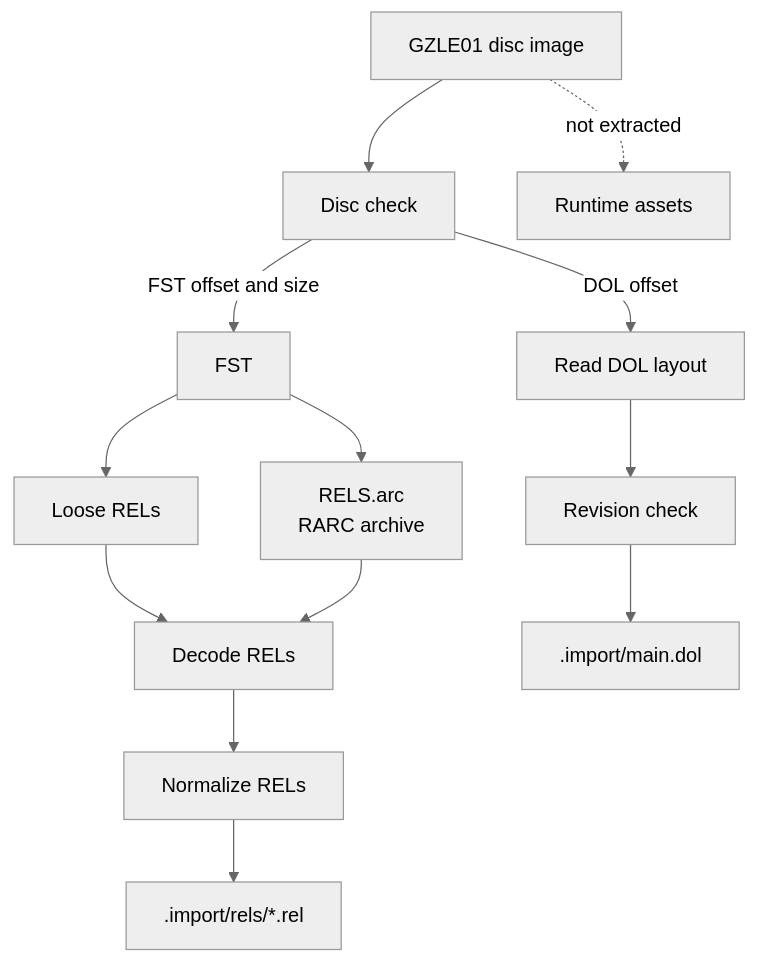
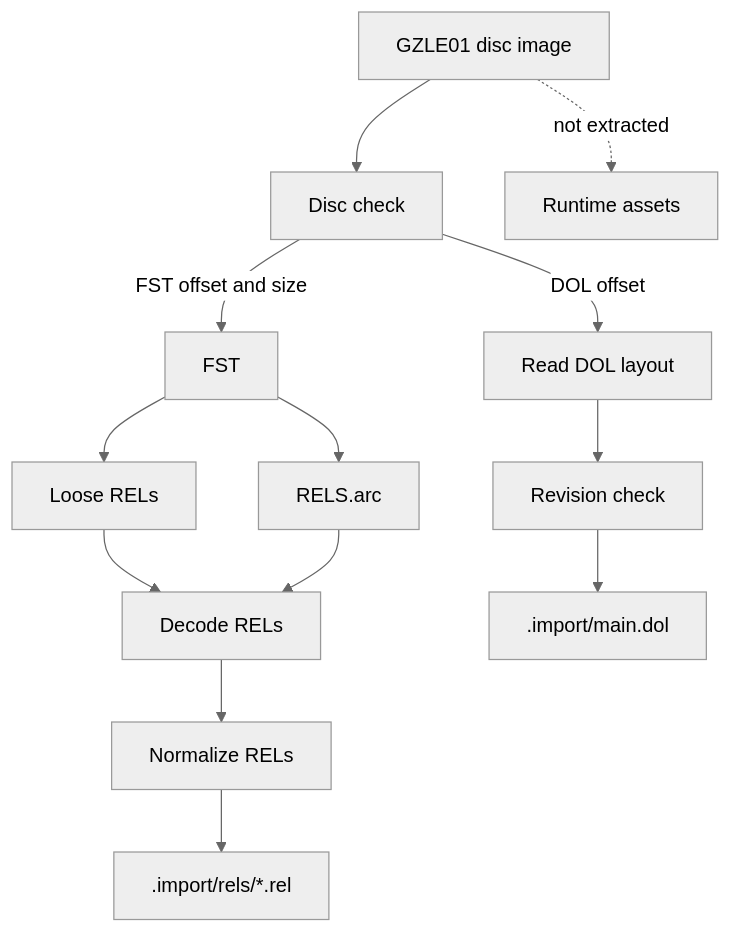
One commit to Aelbannan/boat_of_daphnes changed the fifth of 10 diagrams in docs/architecture/Build.md. Above: the diagram before and after it, drawn with Mermaid (neutral theme). The commit also changed other lines of this file, not shown here.

Commit message:
Simplify Build diagram labels

````diff
--- a/docs/architecture/Build.md
+++ b/docs/architecture/Build.md
@@ -313,24 +310,23 @@
 ```mermaid
 flowchart TD
     Disc["GZLE01 disc image"]
     Header["Disc check"]
     Dol["Read DOL layout"]
     Revision["Revision check"]
     FST["FST"]
     Loose["Loose RELs"]
-    Archive["`RELS.arc
-RARC archive`"]
+    Archive["RELS.arc"]
     Decode["Decode RELs"]
     Normalize["Normalize RELs"]
     StagedDol[".import/main.dol"]
     StagedRels[".import/rels/*.rel"]
     Runtime["Runtime assets"]
 
     Disc --> Header
     Header -->|DOL offset| Dol --> Revision --> StagedDol
     Header -->|FST offset and size| FST
     FST --> Loose --> Decode
     FST --> Archive --> Decode
     Decode --> Normalize --> StagedRels
     Disc -. "not extracted" .-> Runtime
 ```
````
